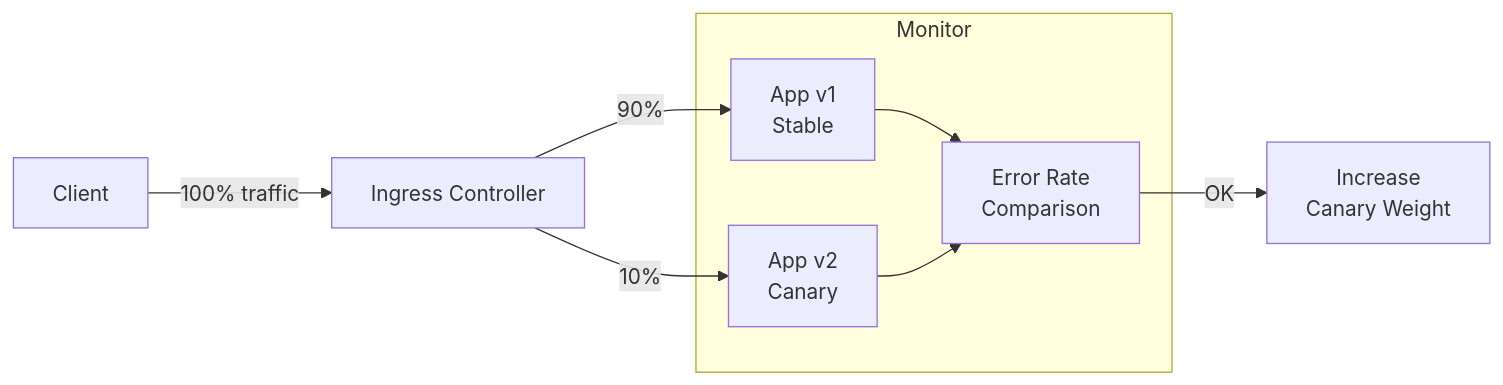
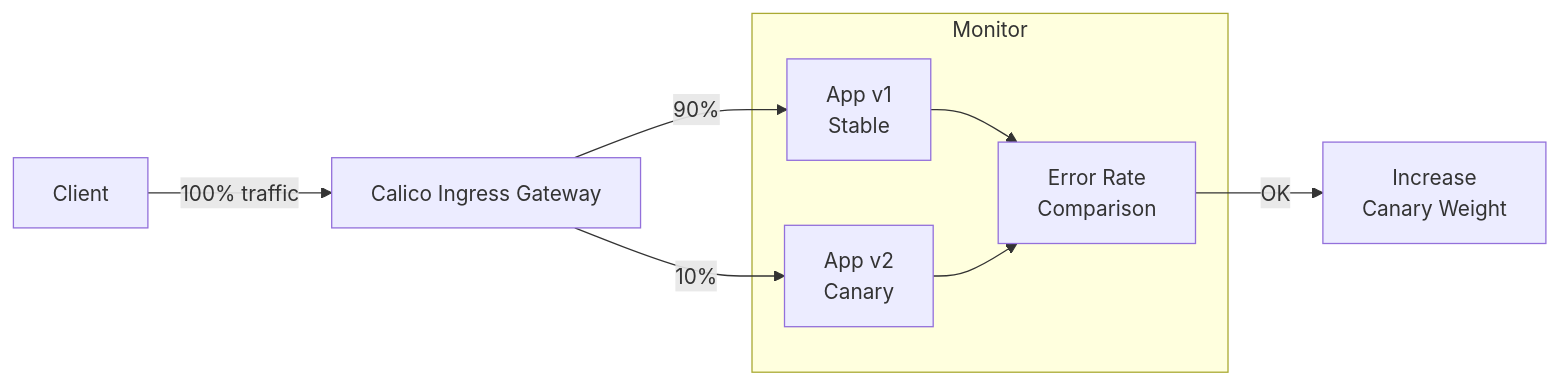
Before and after one commit to OneUptime/blog: the diagram in posts/2026-03-13-migrate-ingress-gateway-canary-rollouts-calico/README.md, drawn with Mermaid. The commit also changed other lines of this file and 2 other files, not shown here.

Commit message:
validate: 2026-03-13-migrate-ingress-gateway-canary-rollouts-calico

````diff
--- a/posts/2026-03-13-migrate-ingress-gateway-canary-rollouts-calico/README.md
+++ b/posts/2026-03-13-migrate-ingress-gateway-canary-rollouts-calico/README.md
@@ -95,12 +84,12 @@
 ```mermaid
 graph LR
-    CLIENT[Client] -->|100% traffic| INGRESS[Ingress Controller]
-    INGRESS -->|90%| V1[App v1\nStable]
-    INGRESS -->|10%| V2[App v2\nCanary]
+    CLIENT[Client] -->|100% traffic| GATEWAY[Calico Ingress Gateway]
+    GATEWAY -->|90%| V1[App v1\nStable]
+    GATEWAY -->|10%| V2[App v2\nCanary]
     subgraph Monitor
         ERR[Error Rate\nComparison]
         V1 --> ERR
         V2 --> ERR
     end
     ERR -->|OK| SHIFT[Increase\nCanary Weight]
 ```
````
